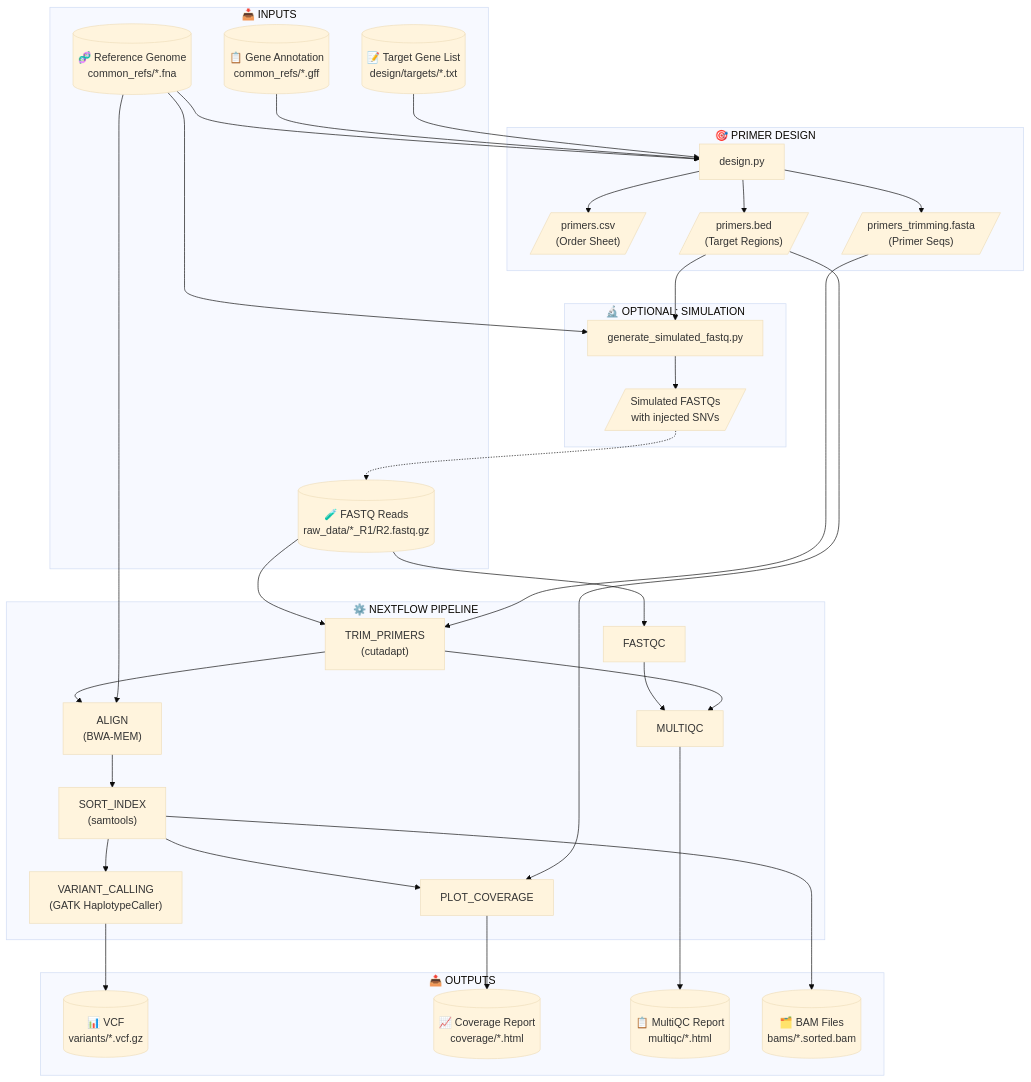
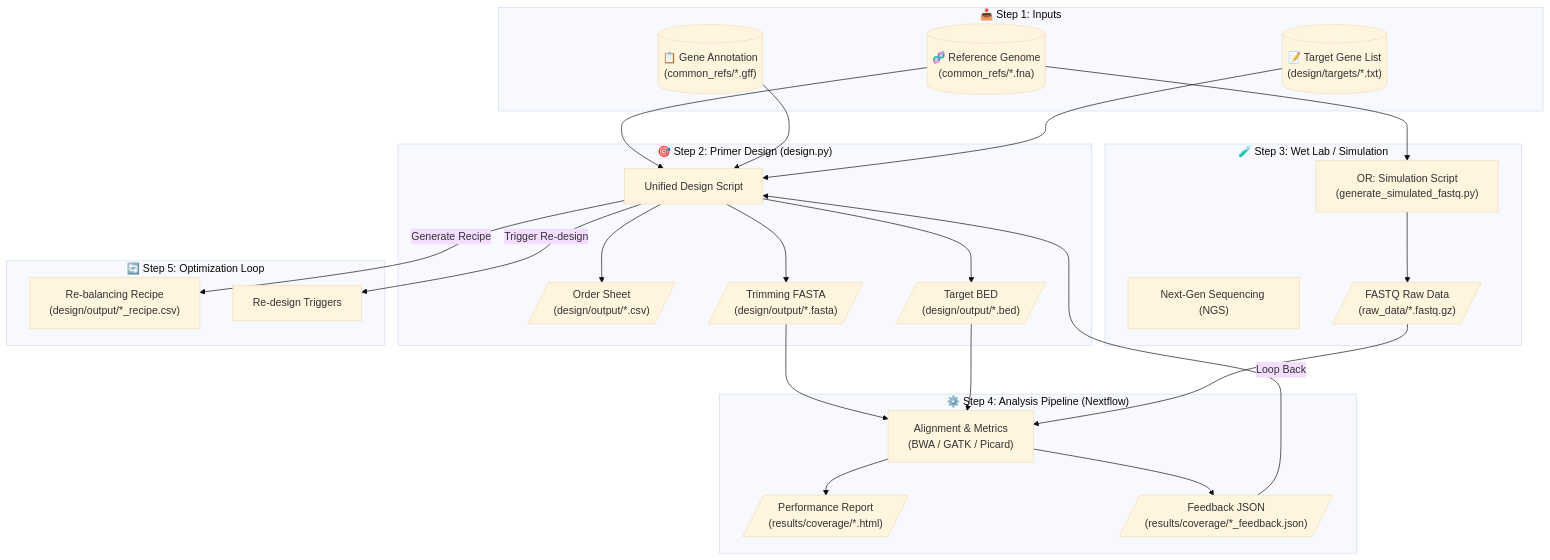
One commit to AHumanBrain/my_amplicon_project changed the diagram in README.md. Above: the diagram before and after it, drawn with Mermaid (base theme). The commit also changed other lines of this file and 3 other files, not shown here.

Commit message:
Finalize project: verbose README manual, sample-specific feedback logic, and multi-sample analysis refinements

````diff
--- a/README.md
+++ b/README.md
@@ -62,65 +11,44 @@
 ```mermaid
 flowchart TD
-    subgraph INPUTS["📥 INPUTS"]
-        A1[("🧬 Reference Genome<br/>common_refs/*.fna")]
-        A2[("📋 Gene Annotation<br/>common_refs/*.gff")]
-        A3[("📝 Target Gene List<br/>design/targets/*.txt")]
-        A4[("🧪 FASTQ Reads<br/>raw_data/*_R1/R2.fastq.gz")]
+    subgraph INPUTS["📥 Step 1: Inputs"]
+        A1[("🧬 Reference Genome<br/>(common_refs/*.fna)")]
+        A2[("📋 Gene Annotation<br/>(common_refs/*.gff)")]
+        A3[("📝 Target Gene List<br/>(design/targets/*.txt)")]
     end
 
-    subgraph DESIGN["🎯 PRIMER DESIGN"]
-        B1["design.py"]
-        B2[/"primers.csv<br/>(Order Sheet)"/]
-        B3[/"primers.bed<br/>(Target Regions)"/]
-        B4[/"primers_trimming.fasta<br/>(Primer Seqs)"/]
+    subgraph DESIGN["🎯 Step 2: Primer Design (design.py)"]
+        B1["Unified Design Script"]
+        B2[/"Order Sheet<br/>(design/output/*.csv)"/]
+        B3[/"Target BED<br/>(design/output/*.bed)"/]
+        B4[/"Trimming FASTA<br/>(design/output/*.fasta)"/]
     end
 
-    subgraph SIMULATION["🔬 OPTIONAL: SIMULATION"]
-        C1["generate_simulated_fastq.py"]
-        C2[/"Simulated FASTQs<br/>with injected SNVs"/]
+    subgraph LAB["🧪 Step 3: Wet Lab / Simulation"]
+        C1["Next-Gen Sequencing (NGS)"]
+        C2["OR: Simulation Script<br/>(generate_simulated_fastq.py)"]
+        C3[/"FASTQ Raw Data<br/>(raw_data/*.fastq.gz)"/]
     end
 
-    subgraph ANALYSIS["⚙️ NEXTFLOW PIPELINE"]
-        D1["FASTQC"]
-        D2["TRIM_PRIMERS<br/>(cutadapt)"]
-        D3["ALIGN<br/>(BWA-MEM)"]
-        D4["SORT_INDEX<br/>(samtools)"]
-        D5["VARIANT_CALLING<br/>(GATK HaplotypeCaller)"]
-        D6["PLOT_COVERAGE"]
-        D7["MULTIQC"]
+    subgraph ANALYSIS["⚙️ Step 4: Analysis Pipeline (Nextflow)"]
+        D1["Alignment & Metrics<br/>(BWA / GATK / Picard)"]
+        D2[/"Performance Report<br/>(results/coverage/*.html)"/]
+        D3[/"Feedback JSON<br/>(results/coverage/*_feedback.json)"/]
     end
 
-    subgraph OUTPUTS["📤 OUTPUTS"]
-        E1[("📊 VCF<br/>variants/*.vcf.gz")]
-        E2[("📈 Coverage Report<br/>coverage/*.html")]
-        E3[("📋 MultiQC Report<br/>multiqc/*.html")]
-        E4[("🗂️ BAM Files<br/>bams/*.sorted.bam")]
+    subgraph OPTIMIZE["🔄 Step 5: Optimization Loop"]
+        E1["Re-balancing Recipe<br/>(design/output/*_recipe.csv)"]
+        E2["Re-design Triggers"]
     end
 
-    %% Design Flow
-    A1 --> B1
-    A2 --> B1
-    A3 --> B1
+    %% Flow Connections
+    A1 & A2 & A3 --> B1
     B1 --> B2 & B3 & B4
-
-    %% Simulation Flow
-    A1 --> C1
-    B3 --> C1
-    C1 --> C2
-    C2 -.-> A4
-
-    %% Analysis Flow
-    A4 --> D1
-    A4 --> D2
-    B4 --> D2
-    D2 --> D3
-    A1 --> D3
-    D3 --> D4
-    D4 --> D5 & D6
-    B3 --> D6
-    D1 & D2 --> D7
-    D5 --> E1
-    D6 --> E2
-    D7 --> E3
-    D4 --> E4
+    B4 --> D1
+    B3 --> D1
+    A1 --> C2 --> C3
+    C3 --> D1
+    D1 --> D2 & D3
+    D3 -- "Loop Back" --> B1
+    B1 -- "Generate Recipe" --> E1
+    B1 -- "Trigger Re-design" --> E2
 ```
````
